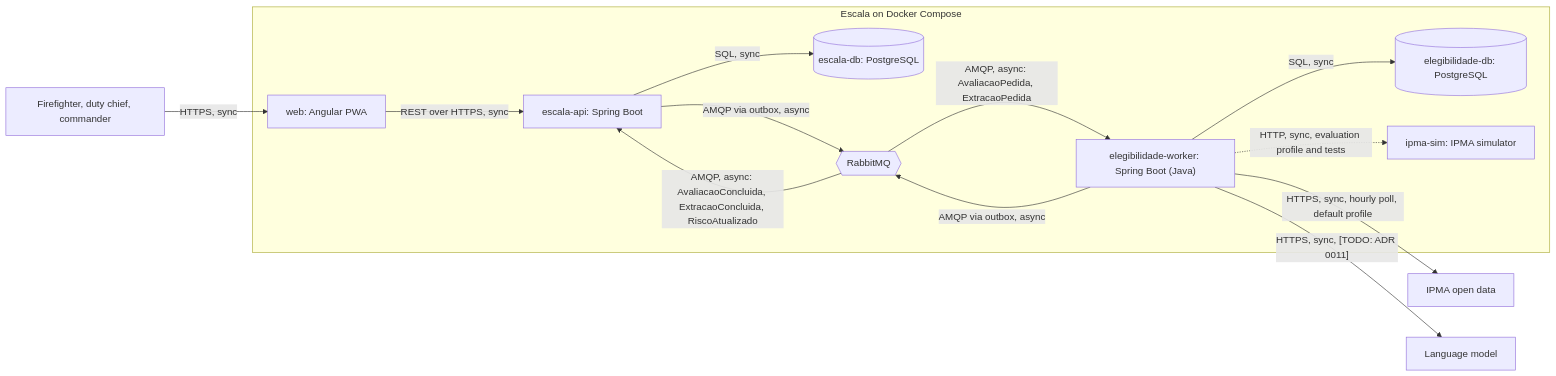
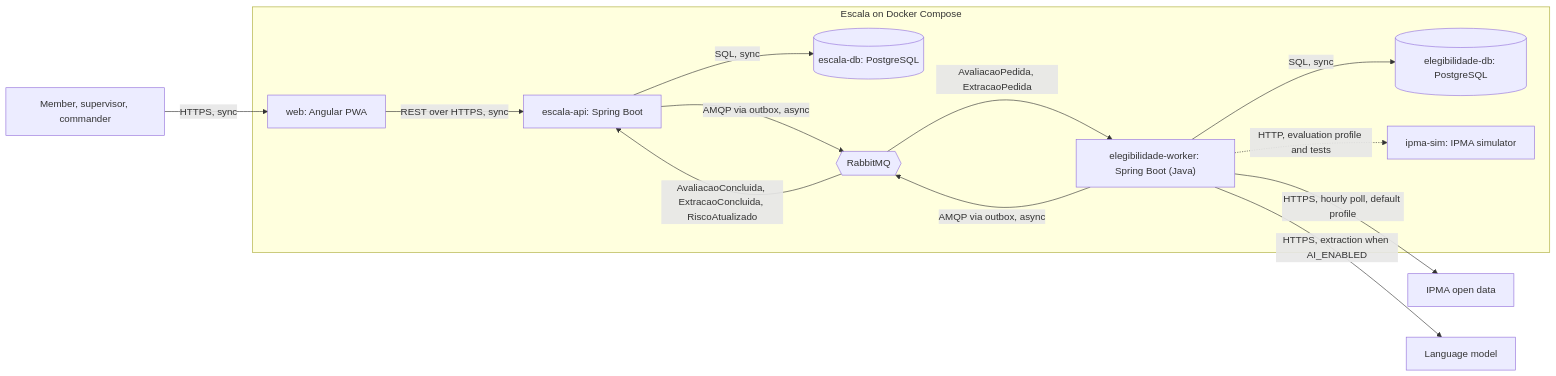
One commit to DiogoC0307/LABDSOF_2627_1221137_1211439_1211514_1250505 changed the second of 5 diagrams in docs/architecture/technical-design.md. Above: the diagram before and after it, drawn with Mermaid. The commit also changed other lines of this file and 3 other files, not shown here.

Commit message:
docs(architecture): fix the technical design (SCRUM-39)

````diff
--- a/docs/architecture/technical-design.md
+++ b/docs/architecture/technical-design.md
@@ -55,26 +46,26 @@
 ```mermaid
 flowchart LR
-  user["Firefighter, duty chief, commander"]
+  user["Member, supervisor, commander"]
   subgraph stack["Escala on Docker Compose"]
     web["web: Angular PWA"]
     api["escala-api: Spring Boot"]
     apidb[("escala-db: PostgreSQL")]
     mq{{"RabbitMQ"}}
     worker["elegibilidade-worker: Spring Boot (Java)"]
     wdb[("elegibilidade-db: PostgreSQL")]
     sim["ipma-sim: IPMA simulator"]
   end
   ipma["IPMA open data"]
   llm["Language model"]
   user -->|"HTTPS, sync"| web
   web -->|"REST over HTTPS, sync"| api
   api -->|"SQL, sync"| apidb
   api -->|"AMQP via outbox, async"| mq
-  mq -->|"AMQP, async: AvaliacaoPedida, ExtracaoPedida"| worker
+  mq -->|"AvaliacaoPedida, ExtracaoPedida"| worker
   worker -->|"AMQP via outbox, async"| mq
-  mq -->|"AMQP, async: AvaliacaoConcluida, ExtracaoConcluida, RiscoAtualizado"| api
+  mq -->|"AvaliacaoConcluida, ExtracaoConcluida, RiscoAtualizado"| api
   worker -->|"SQL, sync"| wdb
-  worker -->|"HTTPS, sync, hourly poll, default profile"| ipma
-  worker -.->|"HTTP, sync, evaluation profile and tests"| sim
-  worker -->|"HTTPS, sync, [TODO: ADR 0011]"| llm
+  worker -->|"HTTPS, hourly poll, default profile"| ipma
+  worker -.->|"HTTP, evaluation profile and tests"| sim
+  worker -->|"HTTPS, extraction when AI_ENABLED"| llm
 ```
````
